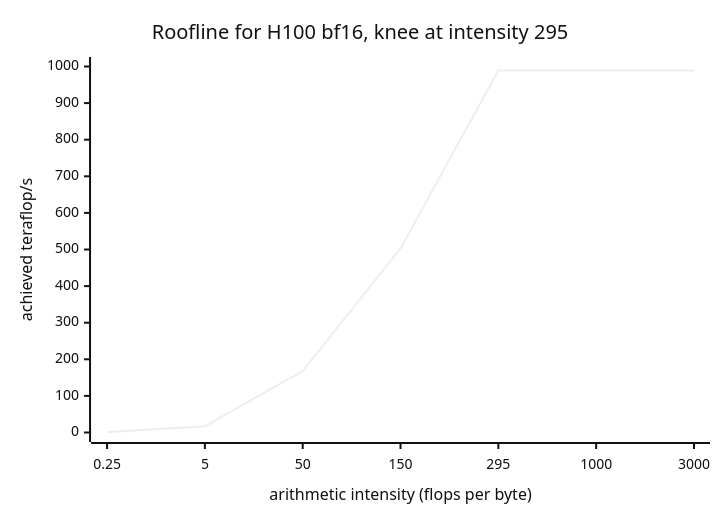
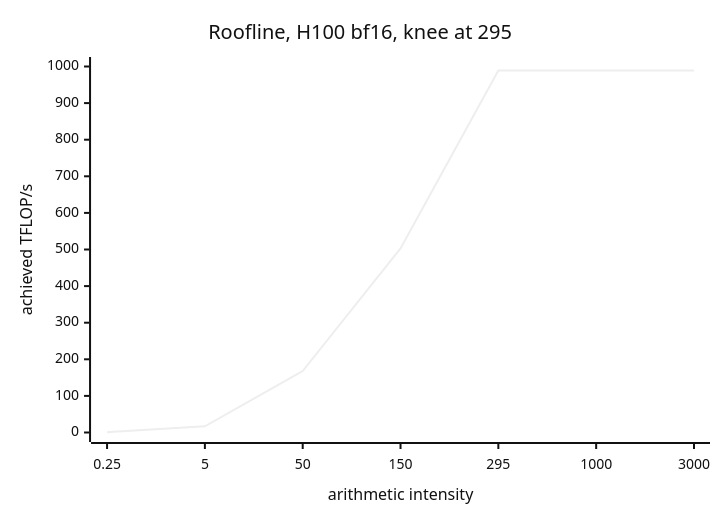
Before and after one commit to yaojiejia/mynotes: the fourth of 6 diagrams in mynotes/cs336/2. Resource Accounting.md, drawn with Mermaid (neutral theme). The commit also changed other lines of this file and 8 other files, not shown here.

````diff
--- a/mynotes/cs336/2. Resource Accounting.md
+++ b/mynotes/cs336/2. Resource Accounting.md
@@ -348,7 +290,7 @@
 ```mermaid
 xychart-beta
-    title "Roofline for H100 bf16, knee at intensity 295"
-    x-axis "arithmetic intensity (flops per byte)" [0.25, 5, 50, 150, 295, 1000, 3000]
-    y-axis "achieved teraflop/s" 0 --> 1000
+    title "Roofline, H100 bf16, knee at 295"
+    x-axis "arithmetic intensity" [0.25, 5, 50, 150, 295, 1000, 3000]
+    y-axis "achieved TFLOP/s" 0 --> 1000
     line [1, 17, 168, 503, 989, 989, 989]
 ```
````
